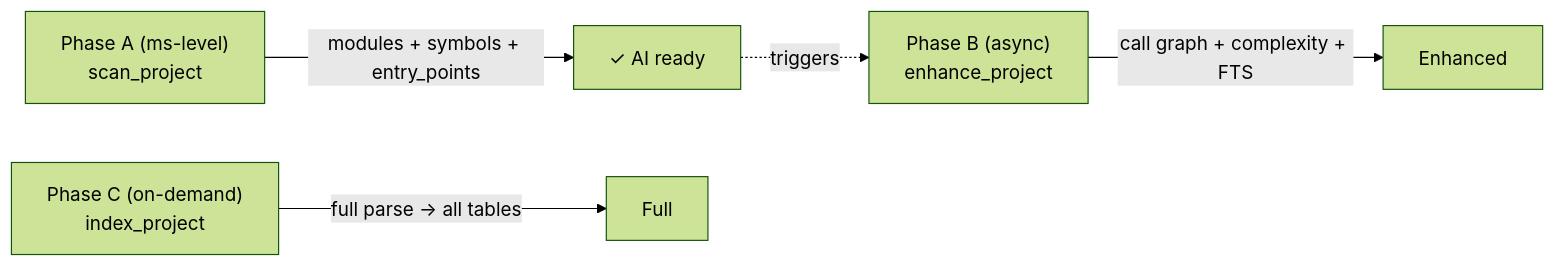
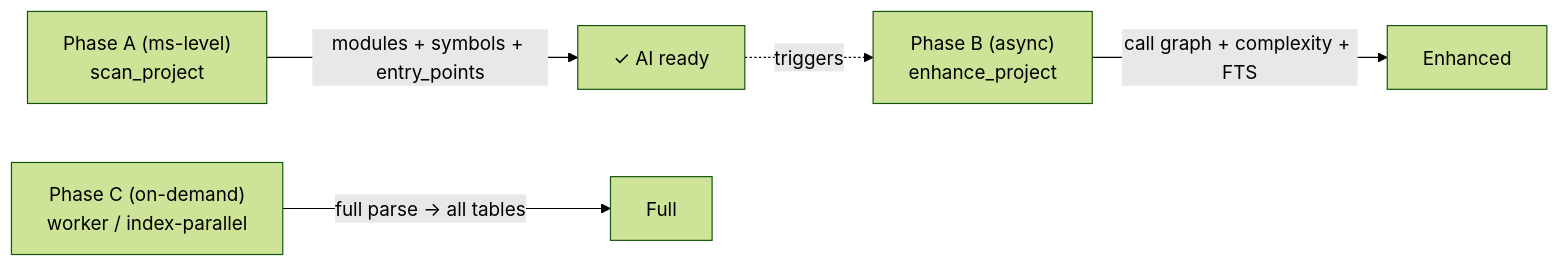
Before and after one commit to Timwood0x10/CodeScope: the second of 2 diagrams in docs/en/skills.md, drawn with Mermaid (forest theme). The commit also changed other lines of this file and 10 other files, not shown here.

````diff
--- a/docs/en/skills.md
+++ b/docs/en/skills.md
@@ -105,7 +106,7 @@
 ```mermaid
 flowchart LR
     PA["Phase A (ms-level)<br/>scan_project"] -->|"modules + symbols + entry_points"| Ready["✓ AI ready"]
     PB["Phase B (async)<br/>enhance_project"] -->|"call graph + complexity + FTS"| Enhanced
-    PC["Phase C (on-demand)<br/>index_project"] -->|"full parse → all tables"| Full
+    PC["Phase C (on-demand)<br/>worker / index-parallel"] -->|"full parse → all tables"| Full
     Ready -.->|triggers| PB
 ```
````
